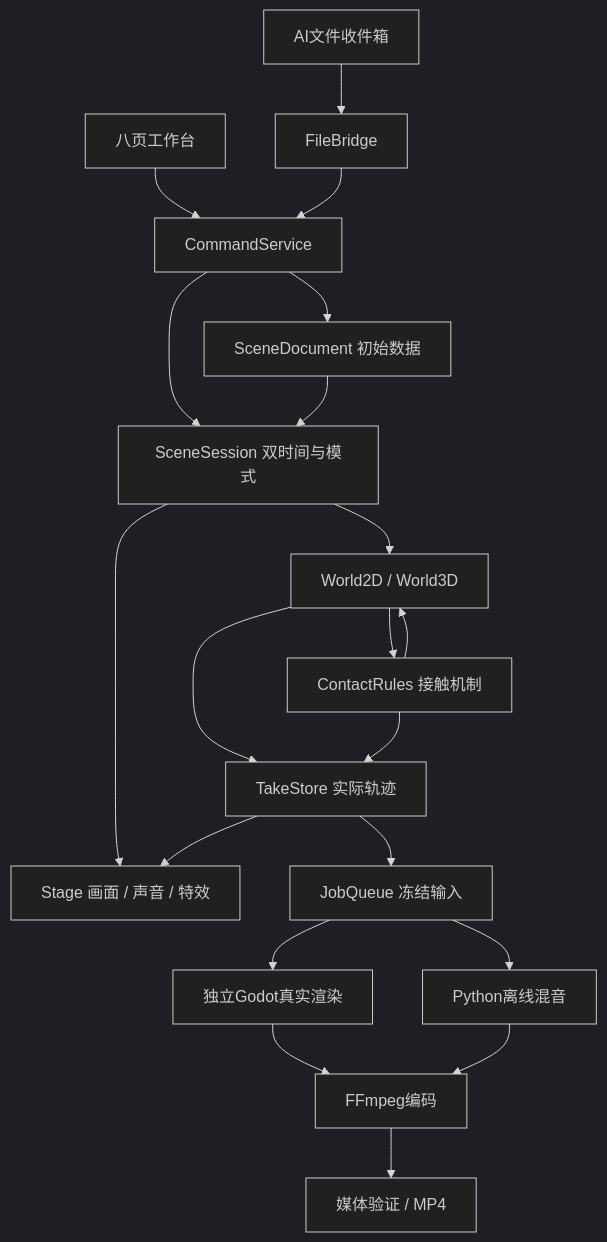
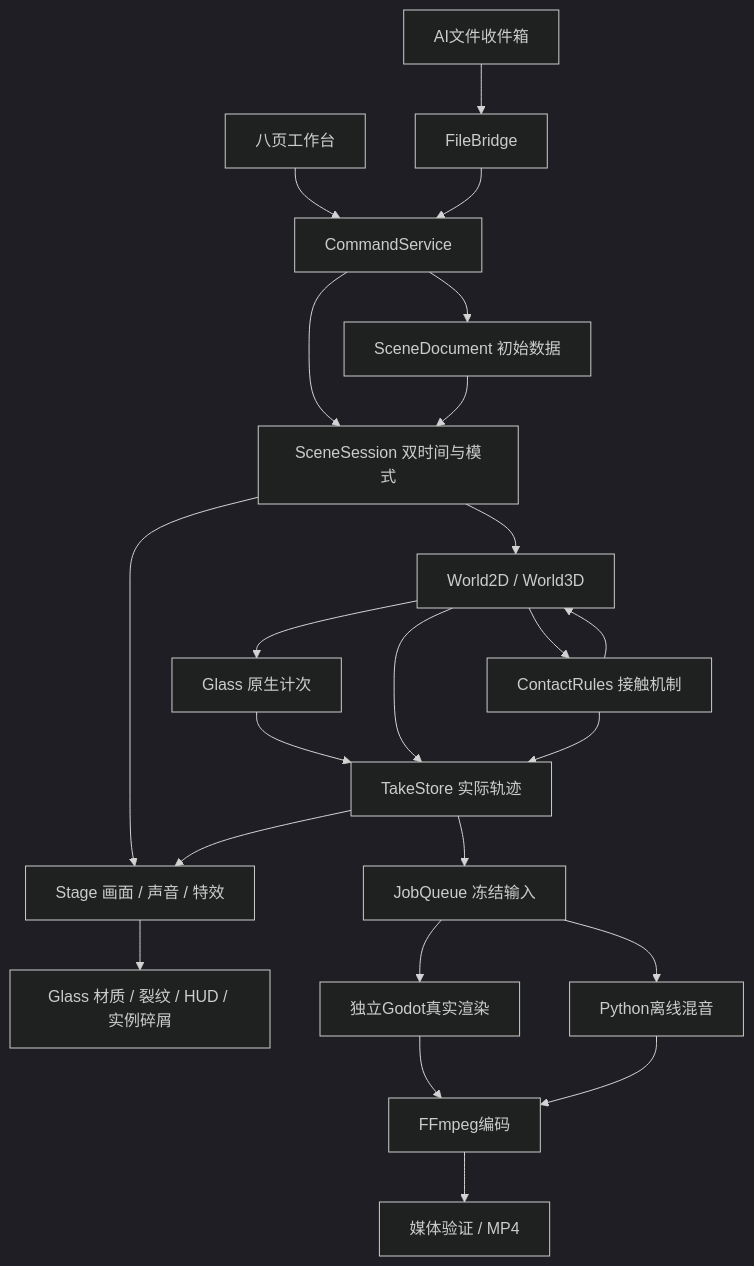
One commit to ELPSYKONGR/GodotWorkspace changed the diagram in FILE_INDEX.md. Above: the diagram before and after it, drawn with Mermaid (dark theme). The commit also changed other lines of this file and 37 other files, not shown here.

Commit message:
feat: add 2D glass damage and instanced rendering

````diff
--- a/FILE_INDEX.md
+++ b/FILE_INDEX.md
@@ -120,22 +134,25 @@
 ```mermaid
 flowchart TD
   UI[八页工作台] --> CMD[CommandService]
   AI[AI文件收件箱] --> Bridge[FileBridge]
   Bridge --> CMD
   CMD --> Doc[SceneDocument 初始数据]
   CMD --> Session[SceneSession 双时间与模式]
   Doc --> Session
   Session --> World[World2D / World3D]
+  World --> GlassDamage[Glass 原生计次]
+  GlassDamage --> Take
+  Stage --> GlassView[Glass 材质 / 裂纹 / HUD / 实例碎屑]
   World --> Rules[ContactRules 接触机制]
   Rules --> World
   World --> Take[TakeStore 实际轨迹]
   Rules --> Take
   Session --> Stage[Stage 画面 / 声音 / 特效]
   Take --> Stage
   Take --> Job[JobQueue 冻结输入]
   Job --> Renderer[独立Godot真实渲染]
   Job --> Mix[Python离线混音]
   Renderer --> Encode[FFmpeg编码]
   Mix --> Encode
   Encode --> Check[媒体验证 / MP4]
 ```
````
